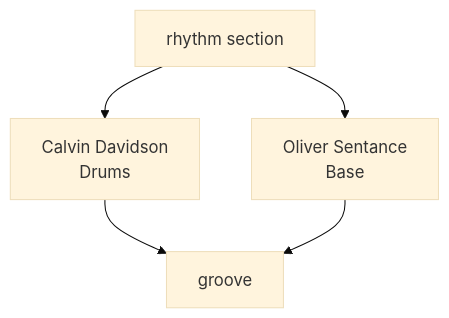
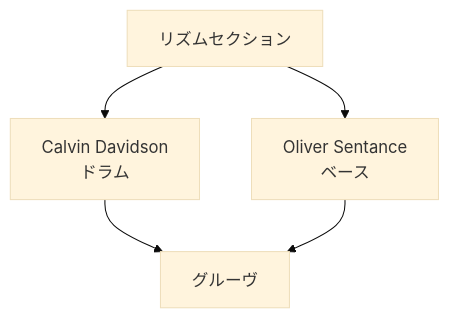
Before and after one commit to monumental-movement/monumental-movement.github.io: the seventh of 16 diagrams in en/_posts/2026-08-04-column-high-fade.md, drawn with Mermaid (base theme). The commit also changed other lines of this file and 2196 other files, not shown here.

```diff
--- a/en/_posts/2026-08-04-column-high-fade.md
+++ b/en/_posts/2026-08-04-column-high-fade.md
@@ -834,12 +833,12 @@
 <div class="mermaid">
 graph TD
-A[rhythm section]
-B[Calvin Davidson<br/>Drums]
-C[Oliver Sentance<br/>Base]
-D[groove]
+A[リズムセクション]
+B[Calvin Davidson<br/>ドラム]
+C[Oliver Sentance<br/>ベース]
+D[グルーヴ]
 
 A --> B
 A --> C
 B --> D
 C --> D
 </div>
```
